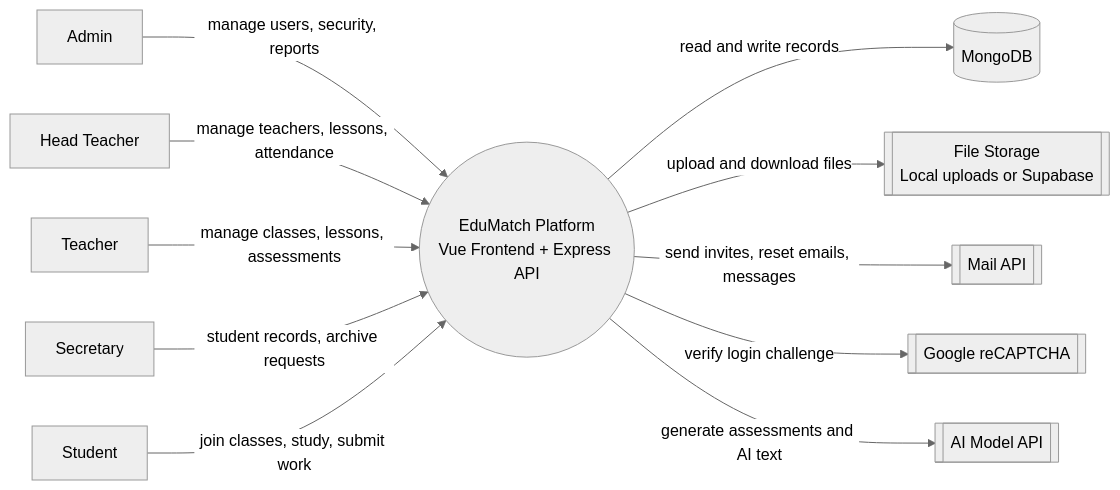
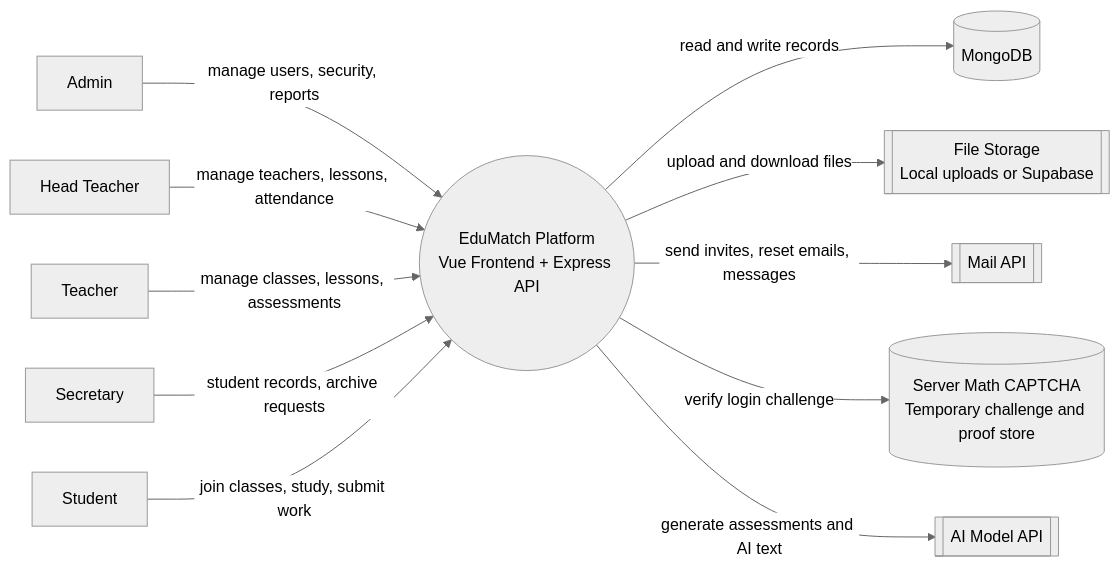
The first of 2 diagrams in docs/edumatch-simple-dfd.md (deucalion-boop/Edumatch), drawn with Mermaid (neutral theme) before and after one commit. The commit also changed other lines of this file and 19 other files, not shown here.

Commit message:
Removed Google reCAPTCHA and added server-verified addition/subtraction CAPTCHA with refresh, success/error feedback, five-minute expiry, three-attempt limit, and single-use login proofs.

````diff
--- a/docs/edumatch-simple-dfd.md
+++ b/docs/edumatch-simple-dfd.md
@@ -9,27 +9,27 @@
 ```mermaid
 flowchart LR
   A[Admin]
   H[Head Teacher]
   T[Teacher]
   S[Secretary]
   ST[Student]
 
   SYS((EduMatch Platform<br/>Vue Frontend + Express API))
   DB[(MongoDB)]
   FS[[File Storage<br/>Local uploads or Supabase]]
   MAIL[[Mail API]]
-  CAPTCHA[[Google reCAPTCHA]]
+  CAPTCHA[(Server Math CAPTCHA<br/>Temporary challenge and proof store)]
   AI[[AI Model API]]
 
   A -->|manage users, security, reports| SYS
   H -->|manage teachers, lessons, attendance| SYS
   T -->|manage classes, lessons, assessments| SYS
   S -->|student records, archive requests| SYS
   ST -->|join classes, study, submit work| SYS
 
   SYS -->|read and write records| DB
   SYS -->|upload and download files| FS
   SYS -->|send invites, reset emails, messages| MAIL
   SYS -->|verify login challenge| CAPTCHA
   SYS -->|generate assessments and AI text| AI
 ```
````
